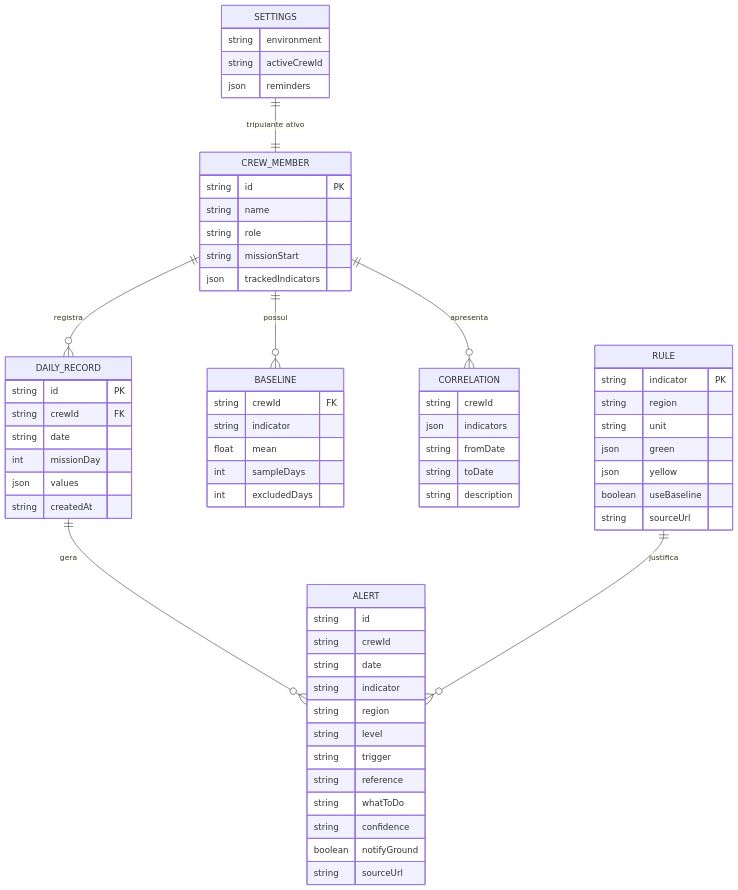
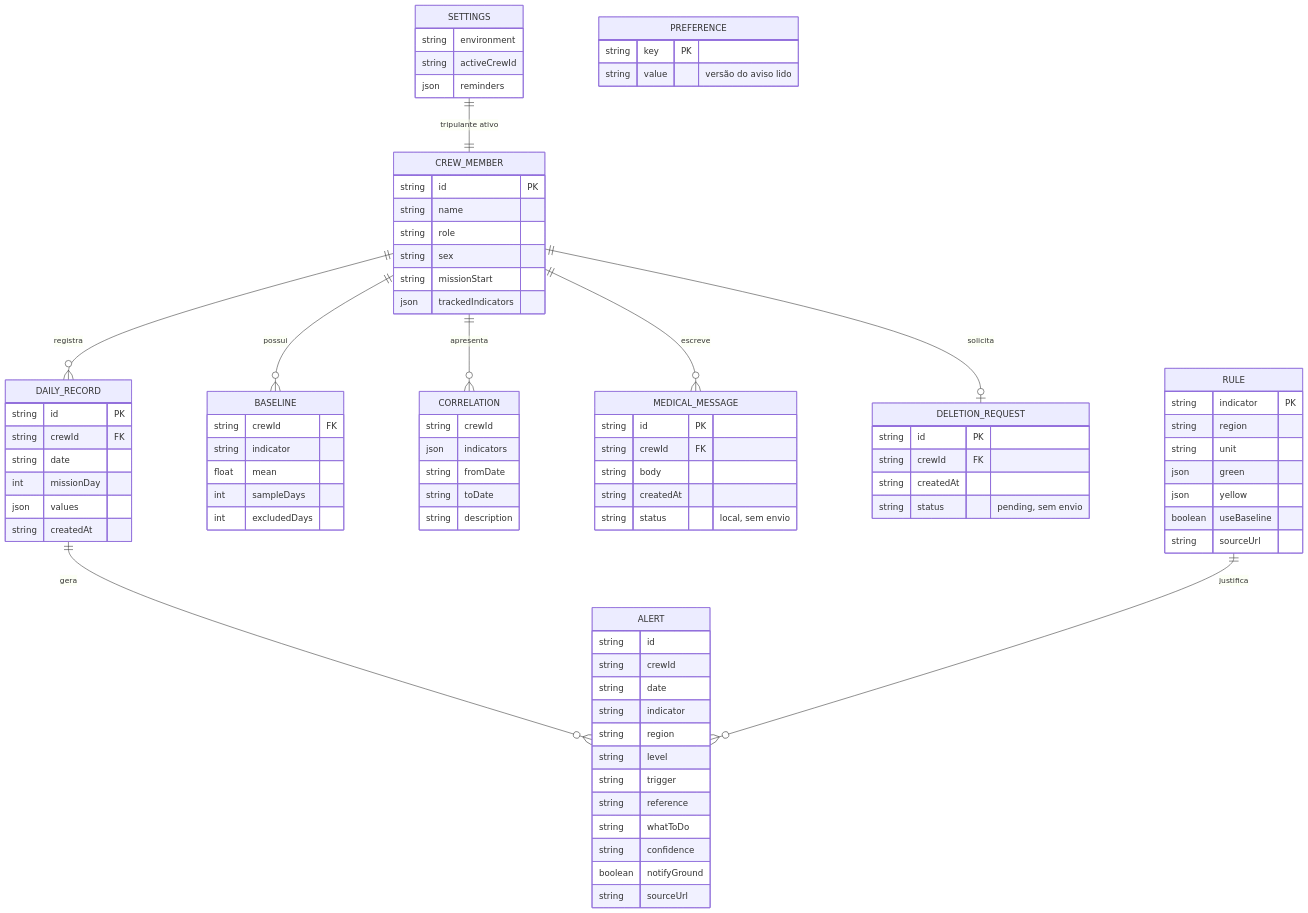
The diagram in docs/diagramas/03-modelo-de-dados.md (davisantbjj/NasaSpaceApp-Sentinela-), drawn with Mermaid before and after one commit. The commit also changed other lines of this file and 34 other files, not shown here.

````diff
--- a/docs/diagramas/03-modelo-de-dados.md
+++ b/docs/diagramas/03-modelo-de-dados.md
@@ -7,6 +7,8 @@
     CREW_MEMBER ||--o{ DAILY_RECORD : registra
     CREW_MEMBER ||--o{ BASELINE : possui
     CREW_MEMBER ||--o{ CORRELATION : apresenta
+    CREW_MEMBER ||--o{ MEDICAL_MESSAGE : escreve
+    CREW_MEMBER ||--o| DELETION_REQUEST : solicita
     DAILY_RECORD ||--o{ ALERT : gera
     RULE ||--o{ ALERT : justifica
     SETTINGS ||--|| CREW_MEMBER : "tripulante ativo"
@@ -15,6 +17,7 @@
         string id PK
         string name
         string role
+        string sex
         string missionStart
         json trackedIndicators
     }
@@ -74,4 +77,24 @@
         string activeCrewId
         json reminders
     }
+
+    MEDICAL_MESSAGE {
+        string id PK
+        string crewId FK
+        string body
+        string createdAt
+        string status "local, sem envio"
+    }
+
+    DELETION_REQUEST {
+        string id PK
+        string crewId FK
+        string createdAt
+        string status "pending, sem envio"
+    }
+
+    PREFERENCE {
+        string key PK
+        string value "versão do aviso lido"
+    }
 ```
````
